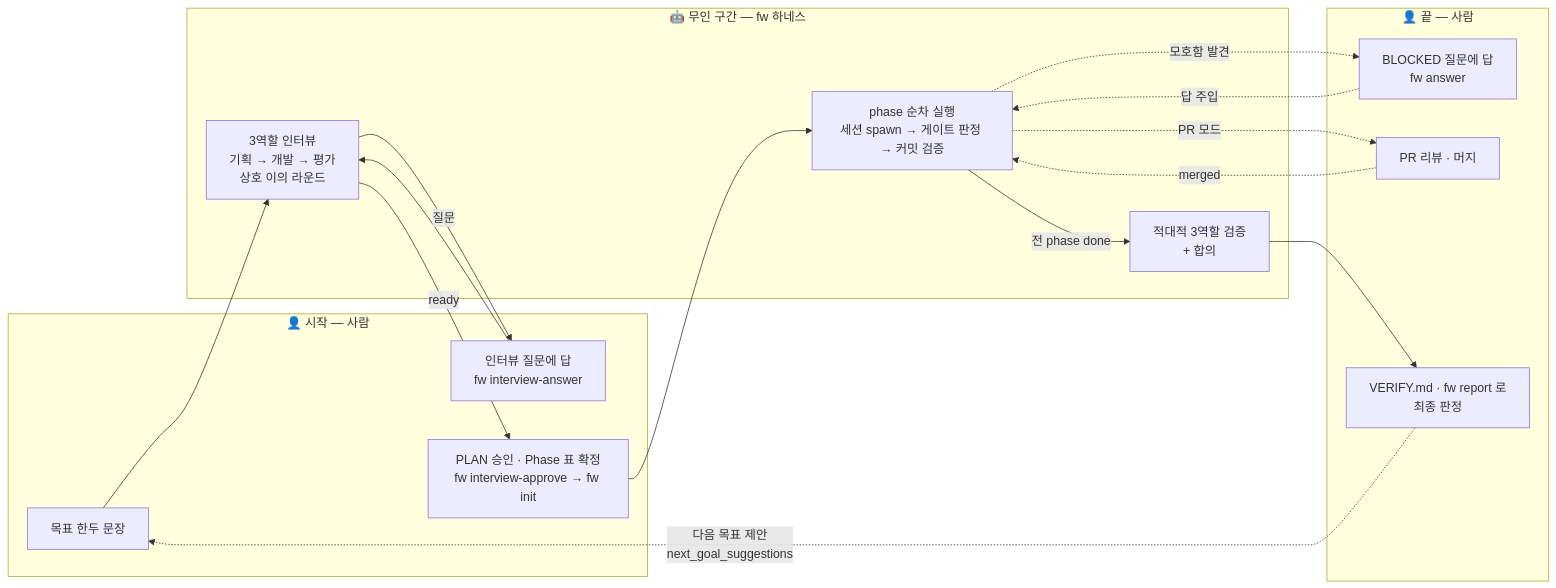
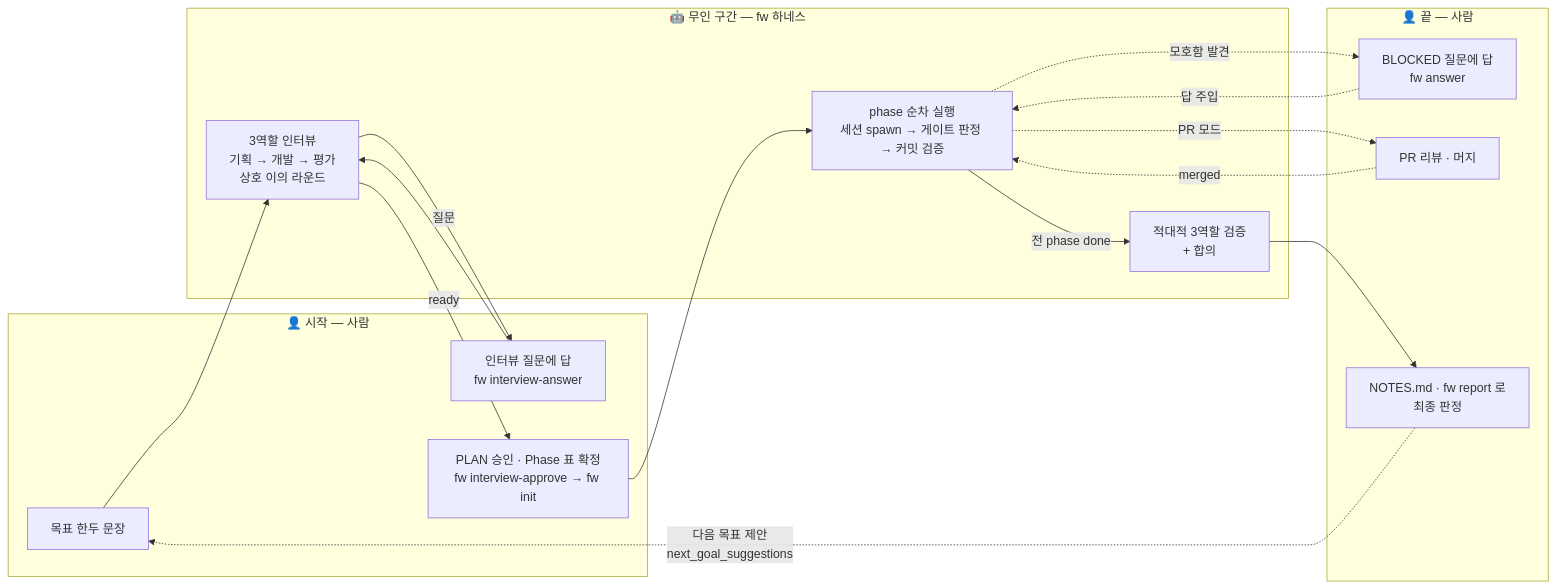
The second of 16 diagrams in plugins/feature-workflow/README.md (DolphaGo/AI-Assistant), drawn with Mermaid before and after one commit. The commit also changed other lines of this file and 36 other files, not shown here.

````diff
--- a/plugins/feature-workflow/README.md
+++ b/plugins/feature-workflow/README.md
@@ -84,28 +115,28 @@
 ```mermaid
 flowchart LR
     subgraph start["👤 시작 — 사람"]
         G["목표 한두 문장"]
         ANS["인터뷰 질문에 답<br/>fw interview-answer"]
         APPR["PLAN 승인 · Phase 표 확정<br/>fw interview-approve → fw init"]
     end
 
     subgraph auto["🤖 무인 구간 — fw 하네스"]
         IV["3역할 인터뷰<br/>기획 → 개발 → 평가<br/>상호 이의 라운드"]
         RUN["phase 순차 실행<br/>세션 spawn → 게이트 판정 → 커밋 검증"]
         VER["적대적 3역할 검증<br/>+ 합의"]
     end
 
     subgraph finish["👤 끝 — 사람"]
         Q["BLOCKED 질문에 답<br/>fw answer"]
         MERGE["PR 리뷰 · 머지"]
-        JUDGE["VERIFY.md · fw report 로<br/>최종 판정"]
+        JUDGE["NOTES.md · fw report 로<br/>최종 판정"]
     end
 
     G --> IV
     IV -- "질문" --> ANS --> IV
     IV -- "ready" --> APPR --> RUN
     RUN -. "모호함 발견" .-> Q -. "답 주입" .-> RUN
     RUN -. "PR 모드" .-> MERGE -. "merged" .-> RUN
     RUN -- "전 phase done" --> VER --> JUDGE
     JUDGE -. "다음 목표 제안<br/>next_goal_suggestions" .-> G
 ```
````
